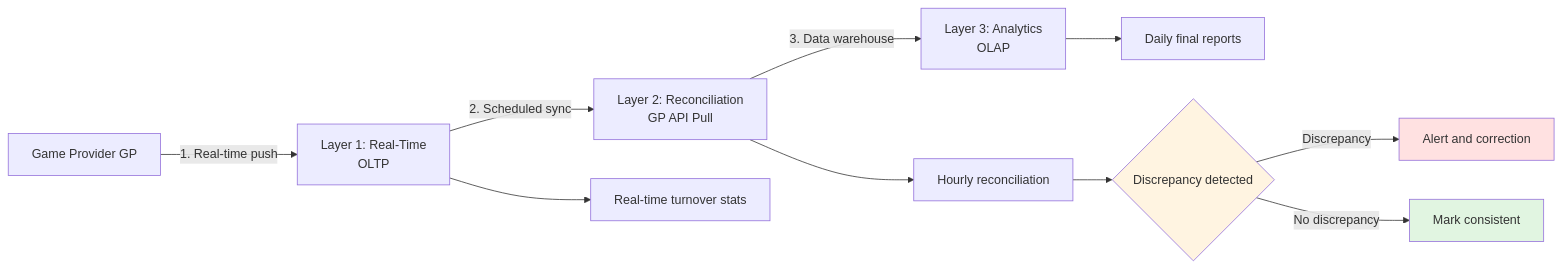
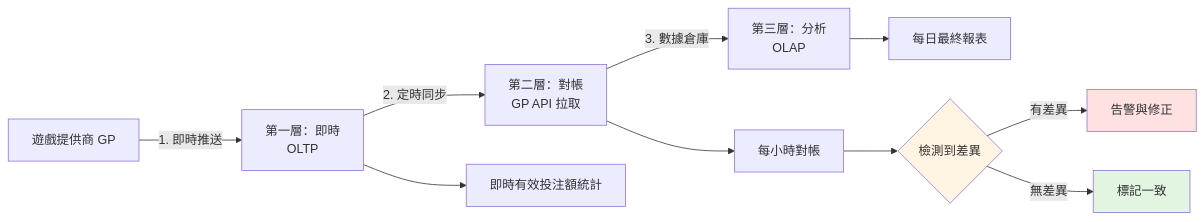
Before and after one commit to ron03wlb/smart-admin: the second of 3 diagrams in docs/iGaming/architecture/00_Overview/Business_Logic_Flows.md, drawn with Mermaid. The commit also changed other lines of this file, not shown here.

````diff
--- a/docs/iGaming/architecture/00_Overview/Business_Logic_Flows.md
+++ b/docs/iGaming/architecture/00_Overview/Business_Logic_Flows.md
@@ -410,18 +410,18 @@
 ```mermaid
 flowchart LR
-    A[Game Provider GP] -->|1. Real-time push| B[Layer 1: Real-Time<br/>OLTP]
-    B -->|2. Scheduled sync| C[Layer 2: Reconciliation<br/>GP API Pull]
-    C -->|3. Data warehouse| D[Layer 3: Analytics<br/>OLAP]
+    A[遊戲提供商 GP] -->|1. 即時推送| B[第一層：即時<br/>OLTP]
+    B -->|2. 定時同步| C[第二層：對帳<br/>GP API 拉取]
+    C -->|3. 數據倉庫| D[第三層：分析<br/>OLAP]
 
-    B --> E[Real-time turnover stats]
-    C --> F[Hourly reconciliation]
-    D --> G[Daily final reports]
+    B --> E[即時有效投注額統計]
+    C --> F[每小時對帳]
+    D --> G[每日最終報表]
 
-    F --> H{Discrepancy detected}
-    H -->|Discrepancy| I[Alert and correction]
-    H -->|No discrepancy| J[Mark consistent]
+    F --> H{檢測到差異}
+    H -->|有差異| I[告警與修正]
+    H -->|無差異| J[標記一致]
 
     style H fill:#fff4e1
     style I fill:#ffe1e1
     style J fill:#e1f5e1
 ```
````
